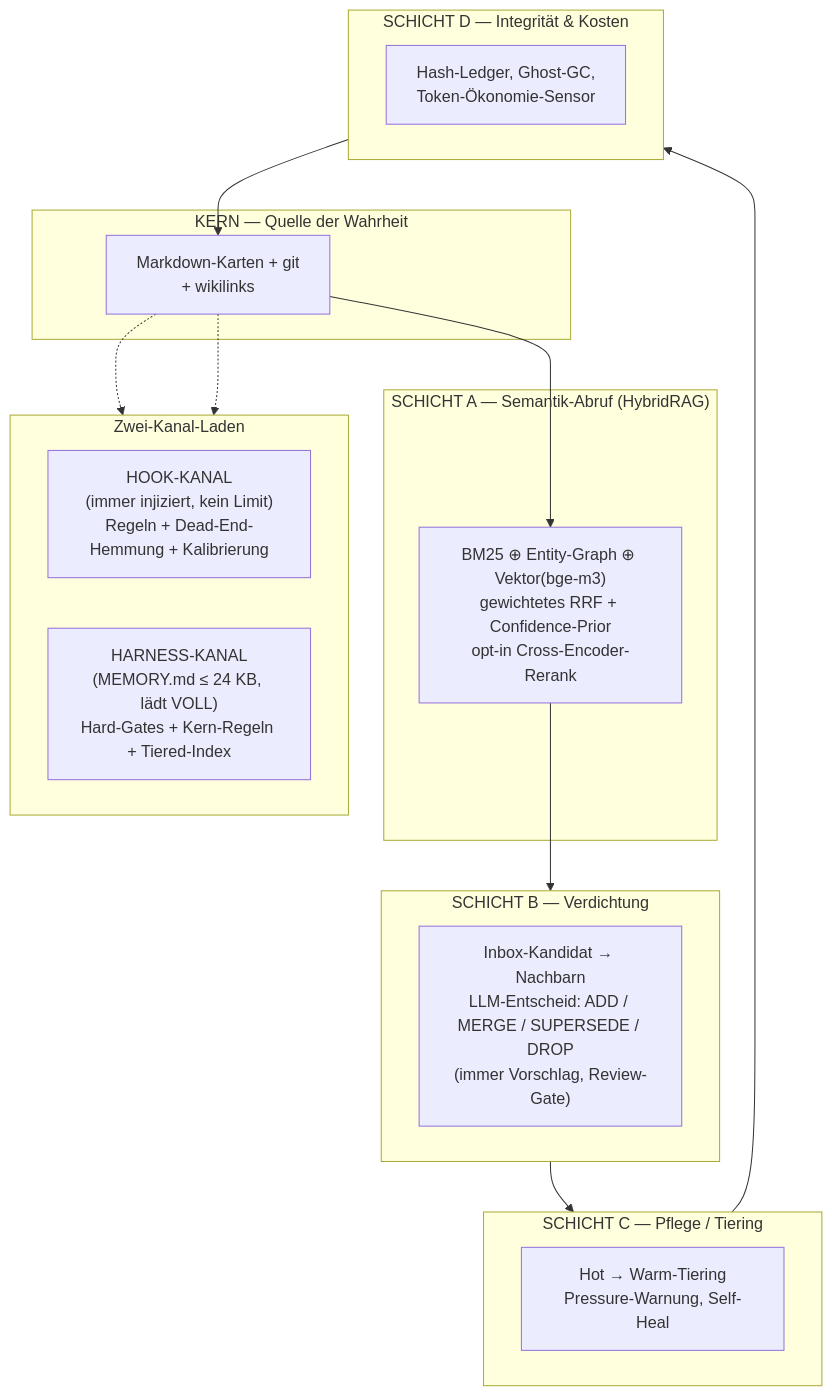
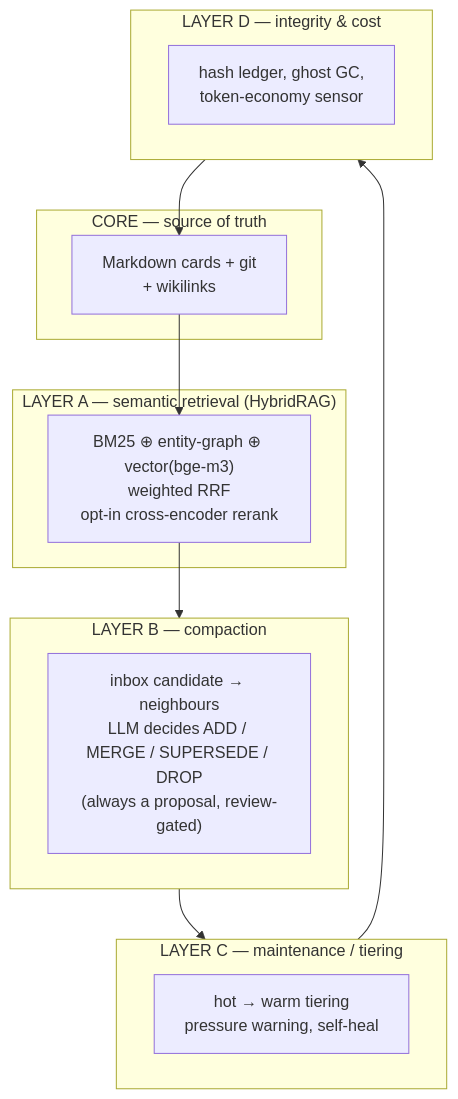
One commit to engramdev/markmem changed the first of 2 diagrams in README.md. Above: the diagram before and after it, drawn with Mermaid. The commit also changed other lines of this file and 10 other files, not shown here.

````diff
--- a/README.md
+++ b/README.md
@@ -67,34 +76,20 @@
 ```mermaid
 flowchart TB
-    subgraph KERN["KERN — Quelle der Wahrheit"]
-        MD["Markdown-Karten + git<br/>+ wikilinks"]
+    subgraph CORE["CORE — source of truth"]
+        MD["Markdown cards + git<br/>+ wikilinks"]
     end
-
-    subgraph SEM["SCHICHT A — Semantik-Abruf (HybridRAG)"]
-        RAG["BM25 &oplus; Entity-Graph &oplus; Vektor(bge-m3)<br/>gewichtetes RRF + Confidence-Prior<br/>opt-in Cross-Encoder-Rerank"]
+    subgraph SEM["LAYER A — semantic retrieval (HybridRAG)"]
+        RAG["BM25 &oplus; entity-graph &oplus; vector(bge-m3)<br/>weighted RRF<br/>opt-in cross-encoder rerank"]
     end
-
-    subgraph VERD["SCHICHT B — Verdichtung"]
-        COMP["Inbox-Kandidat &rarr; Nachbarn<br/>LLM-Entscheid: ADD / MERGE / SUPERSEDE / DROP<br/>(immer Vorschlag, Review-Gate)"]
+    subgraph COMP["LAYER B — compaction"]
+        C["inbox candidate &rarr; neighbours<br/>LLM decides ADD / MERGE / SUPERSEDE / DROP<br/>(always a proposal, review-gated)"]
     end
-
-    subgraph PFLEGE["SCHICHT C — Pflege / Tiering"]
-        TIER["Hot &rarr; Warm-Tiering<br/>Pressure-Warnung, Self-Heal"]
+    subgraph MAINT["LAYER C — maintenance / tiering"]
+        T["hot &rarr; warm tiering<br/>pressure warning, self-heal"]
     end
-
-    subgraph INTEG["SCHICHT D — Integrität & Kosten"]
-        AUDIT["Hash-Ledger, Ghost-GC,<br/>Token-Ökonomie-Sensor"]
+    subgraph INTEG["LAYER D — integrity & cost"]
+        A["hash ledger, ghost GC,<br/>token-economy sensor"]
     end
-
     MD --> RAG
-    RAG --> VERD --> PFLEGE --> INTEG --> MD
-
-    subgraph LADEN["Zwei-Kanal-Laden"]
-        direction LR
-        HOOK["HOOK-KANAL<br/>(immer injiziert, kein Limit)<br/>Regeln + Dead-End-Hemmung + Kalibrierung"]
-        HARNESS["HARNESS-KANAL<br/>(MEMORY.md &le; 24 KB, lädt VOLL)<br/>Hard-Gates + Kern-Regeln + Tiered-Index"]
-    end
-
-    MD -.-> HOOK
-    MD -.-> HARNESS
+    RAG --> COMP --> MAINT --> INTEG --> MD
 ```
````
